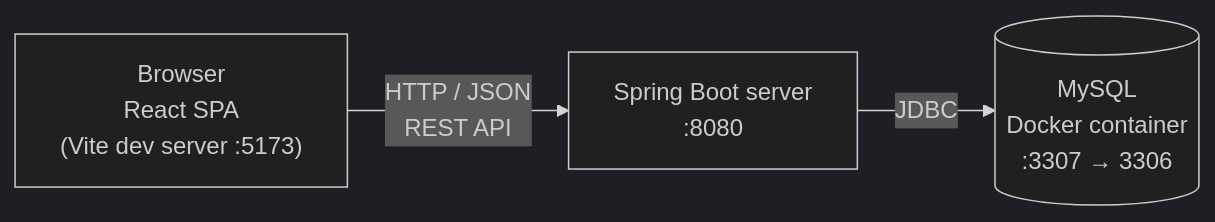
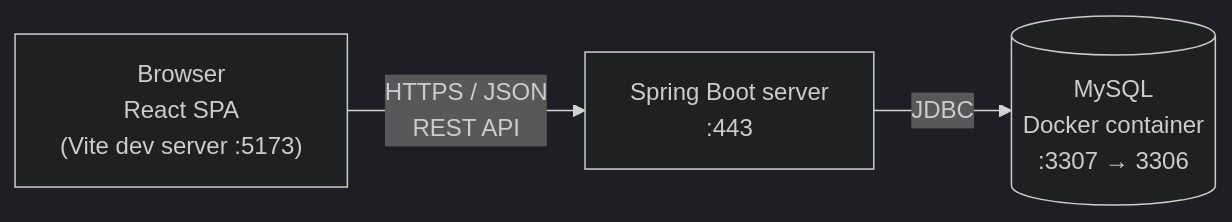
The diagram in docs/development-guide.md (codeurjc-students/2026-ViajesRuben), drawn with Mermaid (dark theme) before and after one commit. The commit also changed other lines of this file and 9 other files, not shown here.

````diff
--- a/docs/development-guide.md
+++ b/docs/development-guide.md
@@ -160,5 +160,5 @@
 ```mermaid
 flowchart LR
-  B["Browser<br/>React SPA<br/>(Vite dev server :5173)"] -- "HTTP / JSON<br/>REST API" --> S["Spring Boot server<br/>:8080"]
+  B["Browser<br/>React SPA<br/>(Vite dev server :5173)"] -- "HTTPS / JSON<br/>REST API" --> S["Spring Boot server<br/>:443"]
   S -- "JDBC" --> D[("MySQL<br/>Docker container<br/>:3307 → 3306")]
 ```
````
